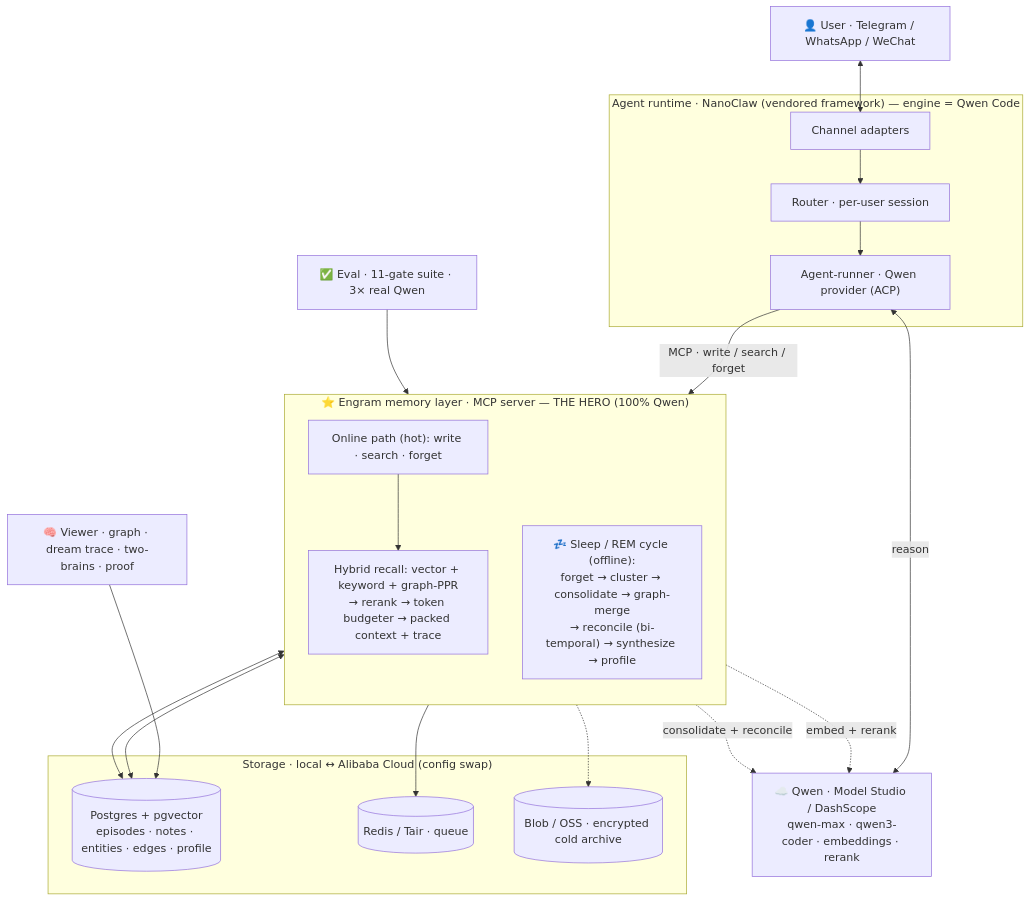
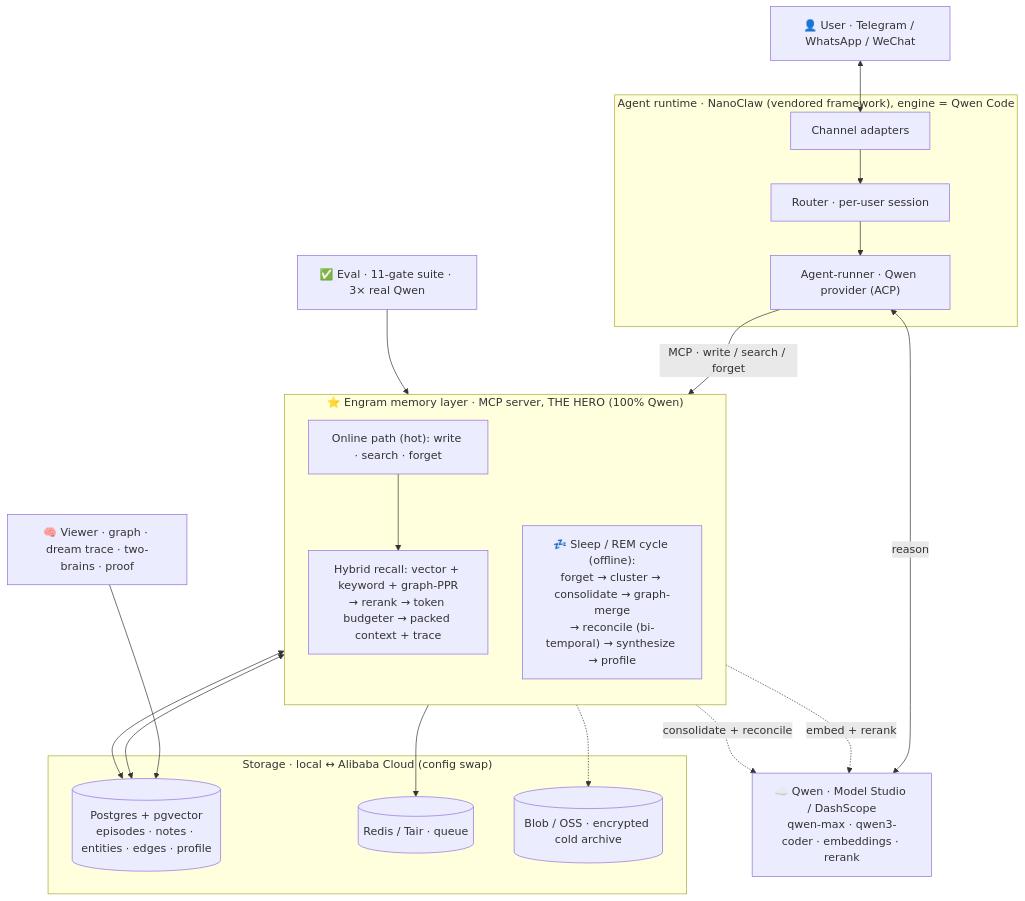
Before and after one commit to tzechong94/engram: the diagram in README.md, drawn with Mermaid. The commit also changed other lines of this file and 6 other files, not shown here.

````diff
--- a/README.md
+++ b/README.md
@@ -84,39 +84,39 @@
 ```mermaid
 flowchart TB
-  User["👤 User · Telegram / WhatsApp / WeChat"]
+ User["👤 User · Telegram / WhatsApp / WeChat"]
 
-  subgraph AGENT["Agent runtime · NanoClaw (vendored framework) — engine = Qwen Code"]
-    ADAPT["Channel adapters"] --> ROUTER["Router · per-user session"] --> RUNNER["Agent-runner · Qwen provider (ACP)"]
-  end
+ subgraph AGENT["Agent runtime · NanoClaw (vendored framework), engine = Qwen Code"]
+ ADAPT["Channel adapters"] --> ROUTER["Router · per-user session"] --> RUNNER["Agent-runner · Qwen provider (ACP)"]
+ end
 
-  QWEN["☁️ Qwen · Model Studio / DashScope<br/>qwen-max · qwen3-coder · embeddings · rerank"]
+ QWEN["☁️ Qwen · Model Studio / DashScope<br/>qwen-max · qwen3-coder · embeddings · rerank"]
 
-  subgraph ENGRAM["⭐ Engram memory layer · MCP server — THE HERO (100% Qwen)"]
-    direction TB
-    ONLINE["Online path (hot): write · search · forget"]
-    RECALL["Hybrid recall: vector + keyword + graph-PPR<br/>→ rerank → token budgeter → packed context + trace"]
-    SLEEP["💤 Sleep / REM cycle (offline):<br/>forget → cluster → consolidate → graph-merge<br/>→ reconcile (bi-temporal) → synthesize → profile"]
-    ONLINE --> RECALL
-  end
+ subgraph ENGRAM["⭐ Engram memory layer · MCP server, THE HERO (100% Qwen)"]
+ direction TB
+ ONLINE["Online path (hot): write · search · forget"]
+ RECALL["Hybrid recall: vector + keyword + graph-PPR<br/>→ rerank → token budgeter → packed context + trace"]
+ SLEEP["💤 Sleep / REM cycle (offline):<br/>forget → cluster → consolidate → graph-merge<br/>→ reconcile (bi-temporal) → synthesize → profile"]
+ ONLINE --> RECALL
+ end
 
-  subgraph STORE["Storage · local ↔ Alibaba Cloud (config swap)"]
-    PG[("Postgres + pgvector<br/>episodes · notes · entities · edges · profile")]
-    REDIS[("Redis / Tair · queue")]
-    BLOB[("Blob / OSS · encrypted cold archive")]
-  end
+ subgraph STORE["Storage · local ↔ Alibaba Cloud (config swap)"]
+ PG[("Postgres + pgvector<br/>episodes · notes · entities · edges · profile")]
+ REDIS[("Redis / Tair · queue")]
+ BLOB[("Blob / OSS · encrypted cold archive")]
+ end
 
-  VIEWER["🧠 Viewer · graph · dream trace · two-brains · proof"]
-  EVAL["✅ Eval · 11-gate suite · 3× real Qwen"]
+ VIEWER["🧠 Viewer · graph · dream trace · two-brains · proof"]
+ EVAL["✅ Eval · 11-gate suite · 3× real Qwen"]
 
-  User <--> ADAPT
-  RUNNER <-->|reason| QWEN
-  RUNNER -->|"MCP · write / search / forget"| ONLINE
-  ONLINE <--> PG
-  RECALL -. embed + rerank .-> QWEN
-  SLEEP <--> PG
-  SLEEP -. consolidate + reconcile .-> QWEN
-  ONLINE -.-> BLOB
-  ONLINE --> REDIS
-  VIEWER --> PG
-  EVAL --> ENGRAM
+ User <--> ADAPT
+ RUNNER <-->|reason| QWEN
+ RUNNER -->|"MCP · write / search / forget"| ONLINE
+ ONLINE <--> PG
+ RECALL -. embed + rerank .-> QWEN
+ SLEEP <--> PG
+ SLEEP -. consolidate + reconcile .-> QWEN
+ ONLINE -.-> BLOB
+ ONLINE --> REDIS
+ VIEWER --> PG
+ EVAL --> ENGRAM
 ```
````
